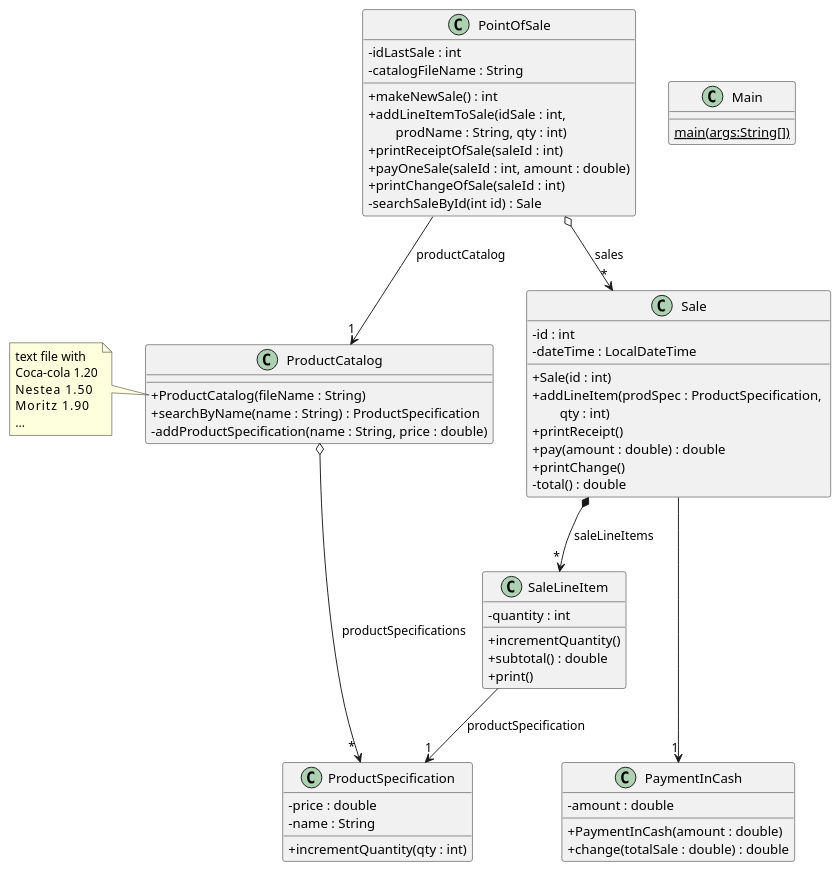
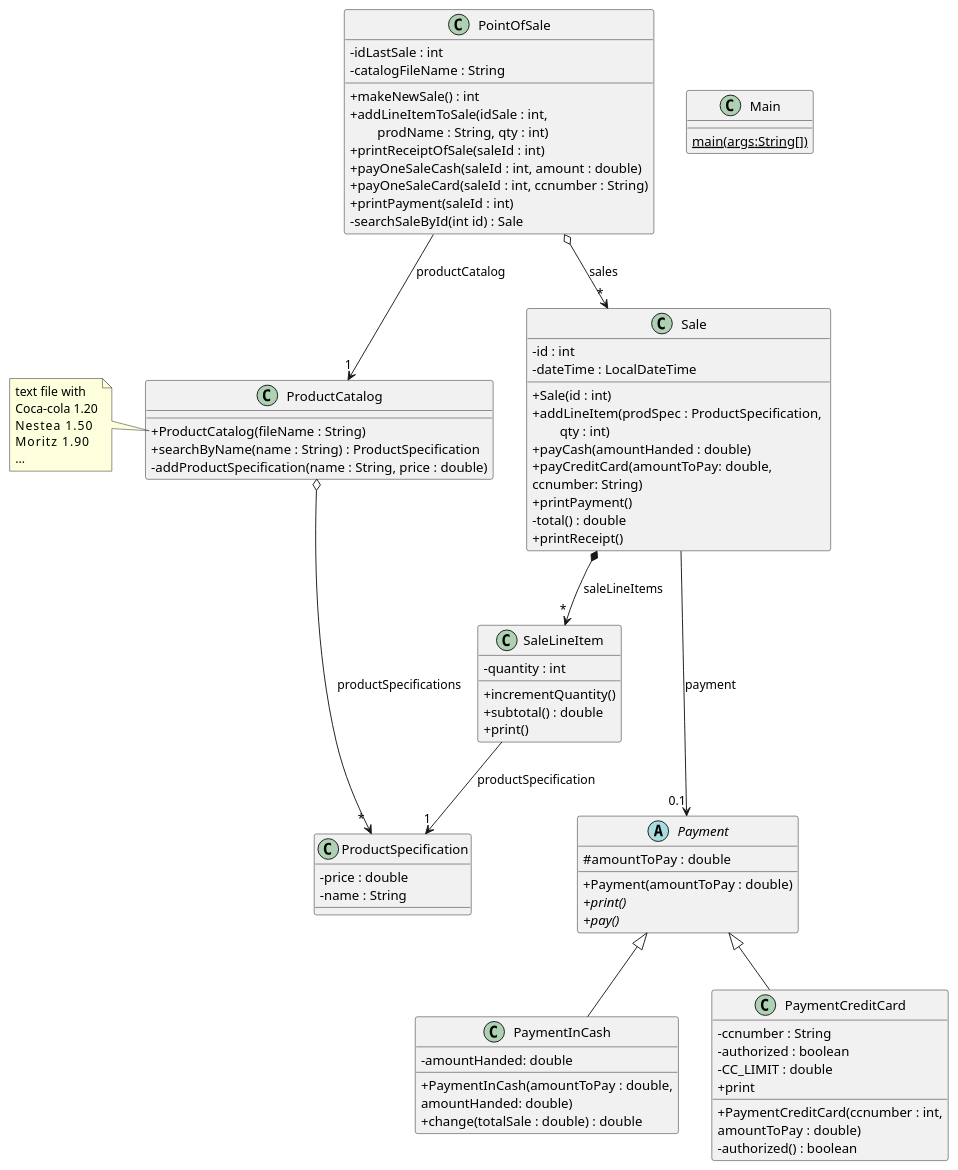
Before and after one commit to NIU1707994/DS: the diagram in PointOfSale/out/production/PointOfSale/pos/pos.puml, drawn with PlantUML. The commit also changed 13 other files, not shown here.

```diff
--- a/PointOfSale/out/production/PointOfSale/pos/pos.puml
+++ b/PointOfSale/out/production/PointOfSale/pos/pos.puml
@@ -1,70 +1,90 @@
 @startuml
 'https://plantuml.com/class-diagram
 skinparam classAttributeIconSize 0
 
 class Main {
 {static} main(args:String[])
 }
 
 class PointOfSale {
 - idLastSale : int
 - catalogFileName : String
 + makeNewSale() : int
 + addLineItemToSale(idSale : int, \n\tprodName : String, qty : int)
 + printReceiptOfSale(saleId : int)
-+ payOneSale(saleId : int, amount : double)
-+ printChangeOfSale(saleId : int)
++ payOneSaleCash(saleId : int, amount : double)
++ payOneSaleCard(saleId : int, ccnumber : String)
++ printPayment(saleId : int)
 - searchSaleById(int id) : Sale
 }
 
 class ProductCatalog {
 + ProductCatalog(fileName : String)
 + searchByName(name : String) : ProductSpecification
 - addProductSpecification(name : String, price : double)
 }
 
 note left of ProductCatalog::ProductCatalog {
 text file with
 Coca-cola 1.20
 Nestea    1.50
 Moritz    1.90
 ...
 }
 
 class ProductSpecification {
 - price : double
 - name : String
-+ incrementQuantity(qty : int)
 }
 
 class Sale {
 - id : int
 - dateTime : LocalDateTime
 + Sale(id : int)
 + addLineItem(prodSpec : ProductSpecification, \n\tqty : int)
++ payCash(amountHanded : double)
++ payCreditCard(amountToPay: double,
+        ccnumber: String)
++ printPayment()
+- total() : double
 + printReceipt()
-+ pay(amount : double) : double
-+ printChange()
-- total() : double
 }
 
-class PaymentInCash {
-- amount : double
-+ PaymentInCash(amount : double)
+abstract Payment {
+# amountToPay : double
++ Payment(amountToPay : double)
+{abstract}+ print()
+{abstract}+ pay()
+}
+
+class PaymentInCash extends Payment {
+-amountHanded: double
++ PaymentInCash(amountToPay : double,
+ amountHanded: double)
 + change(totalSale : double) : double
+}
+
+class PaymentCreditCard extends Payment {
+-ccnumber : String
+-authorized : boolean
+-CC_LIMIT : double
++ PaymentCreditCard(ccnumber : int,
+    amountToPay : double)
+- authorized() : boolean
++ print
 }
 
 class SaleLineItem {
 - quantity : int
 + incrementQuantity()
 + subtotal() : double
 + print()
 }
 
 PointOfSale o--> "*" Sale : sales
 Sale *--> "*" SaleLineItem : saleLineItems
 SaleLineItem --> "1" ProductSpecification : productSpecification
 PointOfSale --> "1" ProductCatalog : productCatalog
 ProductCatalog o--> " * " ProductSpecification : productSpecifications
-Sale ---> "1" PaymentInCash
+Sale ---> "0.1" Payment : payment
 @enduml
```
